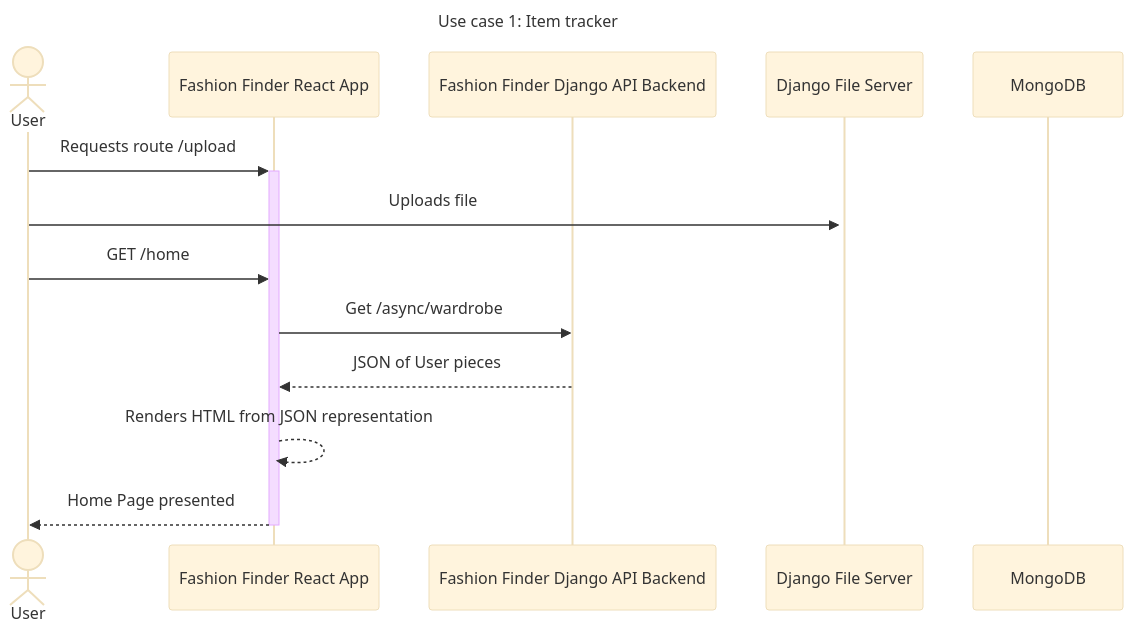
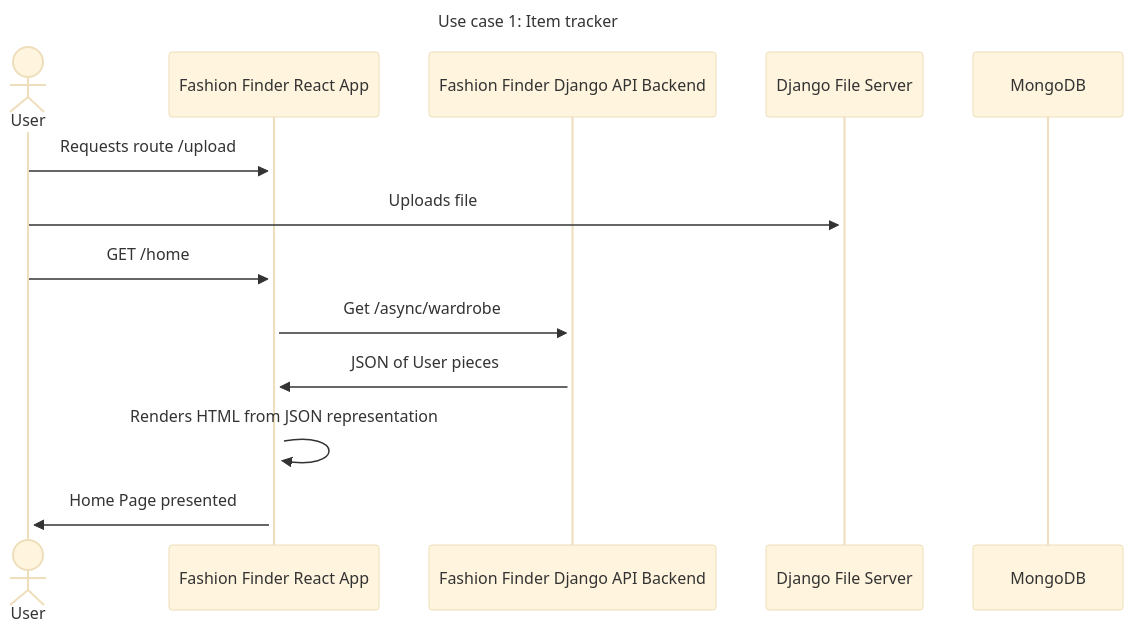
One commit to Capstone-Projects-2022-Fall/project-fashion-finder changed the first of 6 diagrams in documentation/docs/requirements/use-case-descriptions.md. Above: the diagram before and after it, drawn with Mermaid (base theme). The commit also changed other lines of this file, not shown here.

````diff
--- a/documentation/docs/requirements/use-case-descriptions.md
+++ b/documentation/docs/requirements/use-case-descriptions.md
@@ -13,17 +13,17 @@
 ```mermaid
 sequenceDiagram
     title Use case 1: Item tracker
     actor U as User
     participant F as Fashion Finder React App
     %% participant DM as Fashion Finder Django ML Backend
     participant DC as Fashion Finder Django API Backend
     participant DFS as Django File Server
     participant DB as MongoDB
     U->>+F: Requests route /upload
     U->>+DFS: Uploads file
     U->>F: GET /home
-    F->>DC: Get /async/wardrobe
-    DC-->>F: JSON of User pieces
-    F-->>F: Renders HTML from JSON representation 
-    F-->>-U: Home Page presented
+    F->>+DC: Get /async/wardrobe
+    DC->>+F: JSON of User pieces
+    F->>+F: Renders HTML from JSON representation 
+    F->>+U: Home Page presented
 ```
````
